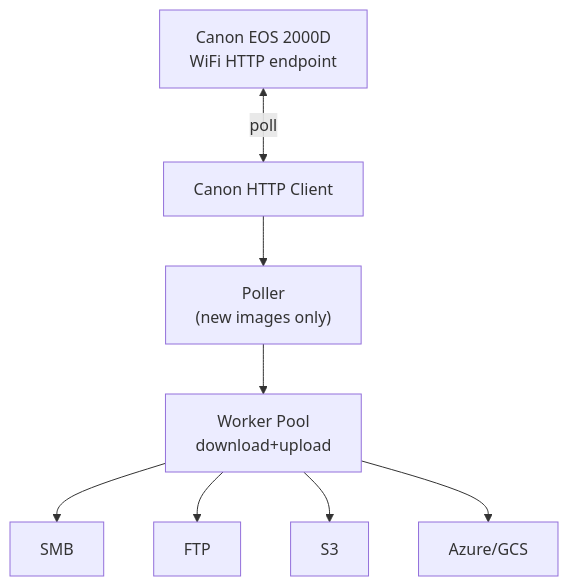
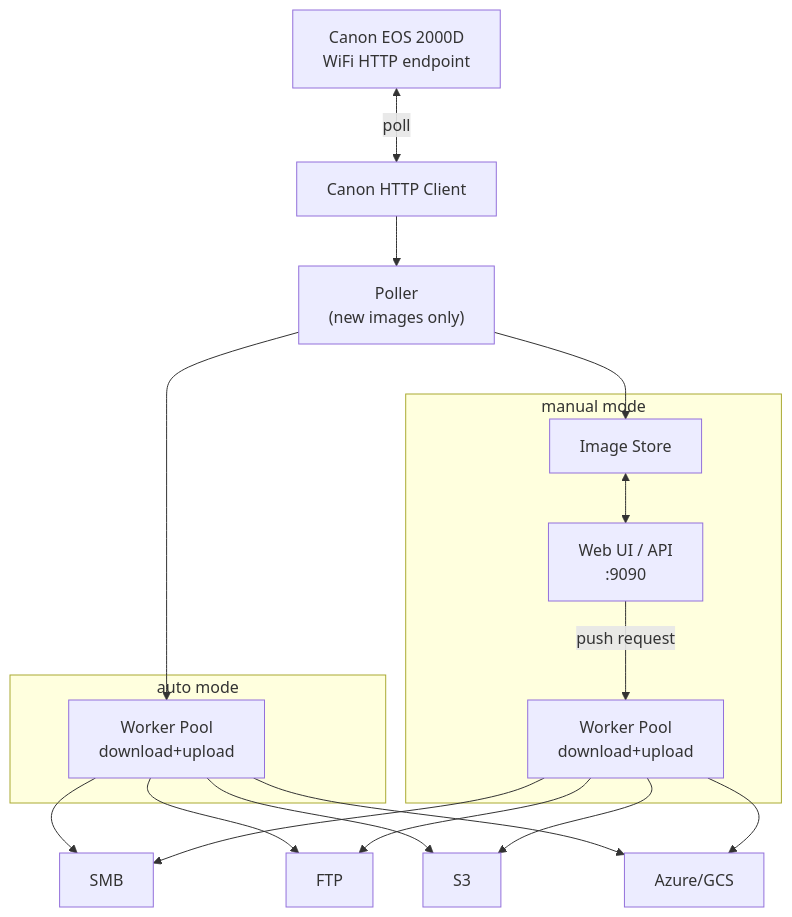
One commit to pacorreia/canon-proxy changed the diagram in README.md. Above: the diagram before and after it, drawn with Mermaid. The commit also changed other lines of this file and 8 other files, not shown here.

Commit message:
feat: add web UI for image review and selective push (manual mode)

````diff
--- a/README.md
+++ b/README.md
@@ -20,19 +29,36 @@
 ```mermaid
 flowchart TD
     Camera["Canon EOS 2000D<br/>WiFi HTTP endpoint"]
     Client["Canon HTTP Client"]
     Poller["Poller<br/>(new images only)"]
-    WorkerPool["Worker Pool<br/>download+upload"]
+
+    subgraph auto["auto mode"]
+      WorkerPool["Worker Pool<br/>download+upload"]
+    end
+
+    subgraph manual["manual mode"]
+      Store["Image Store"]
+      WebUI["Web UI / API<br/>:9090"]
+      Workers["Worker Pool<br/>download+upload"]
+    end
+
     SMB["SMB"]
     FTP["FTP"]
     S3["S3"]
     AzureGCS["Azure/GCS"]
 
     Camera <-->|poll| Client
     Client --> Poller
     Poller --> WorkerPool
+    Poller --> Store
+    Store <--> WebUI
+    WebUI -->|push request| Workers
     WorkerPool --> SMB
     WorkerPool --> FTP
     WorkerPool --> S3
     WorkerPool --> AzureGCS
+    Workers --> SMB
+    Workers --> FTP
+    Workers --> S3
+    Workers --> AzureGCS
 ```
````
